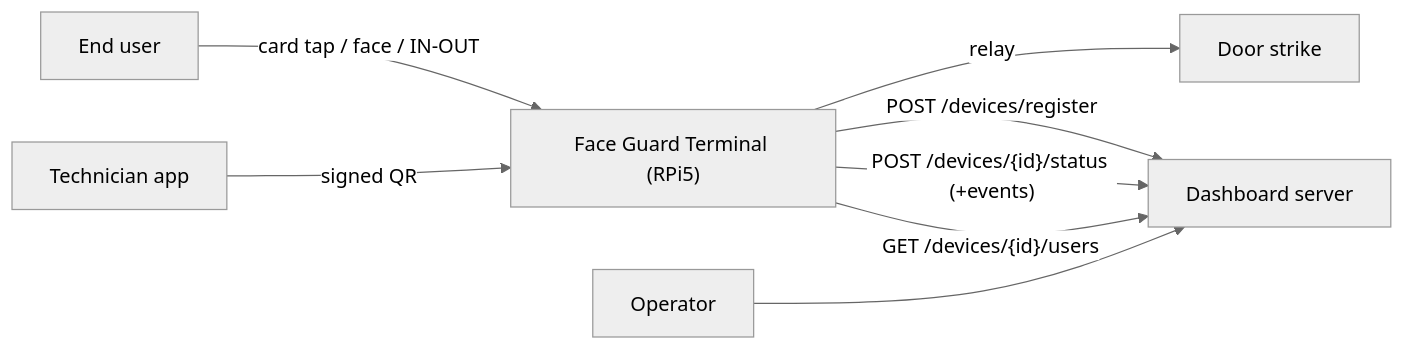
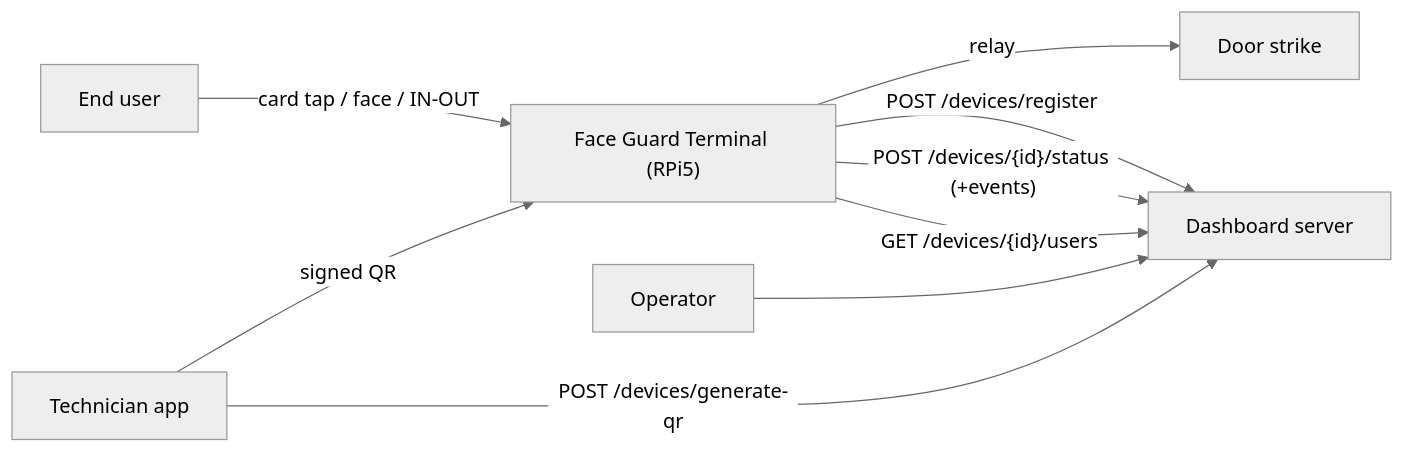
The first of 3 diagrams in SOFTWARE_REQUIREMENTS.md (gekakud/RSID_Face_Guard), drawn with Mermaid (neutral theme) before and after one commit. The commit also changed other lines of this file, not shown here.

````diff
--- a/SOFTWARE_REQUIREMENTS.md
+++ b/SOFTWARE_REQUIREMENTS.md
@@ -96,10 +96,11 @@
 ```mermaid
 flowchart LR
     W["End user"] -->|card tap / face / IN-OUT| T["Face Guard Terminal (RPi5)"]
     I["Technician app"] -->|signed QR| T
+    I -->|"POST /devices/generate-qr"| S["Dashboard server"]
     T -->|relay| D["Door strike"]
-    T -->|"POST /devices/register"| S["Dashboard server"]
+    T -->|"POST /devices/register"| S
     T -->|"POST /devices/{id}/status (+events)"| S
     T -->|"GET /devices/{id}/users"| S
     O["Operator"] --> S
 ```
````
